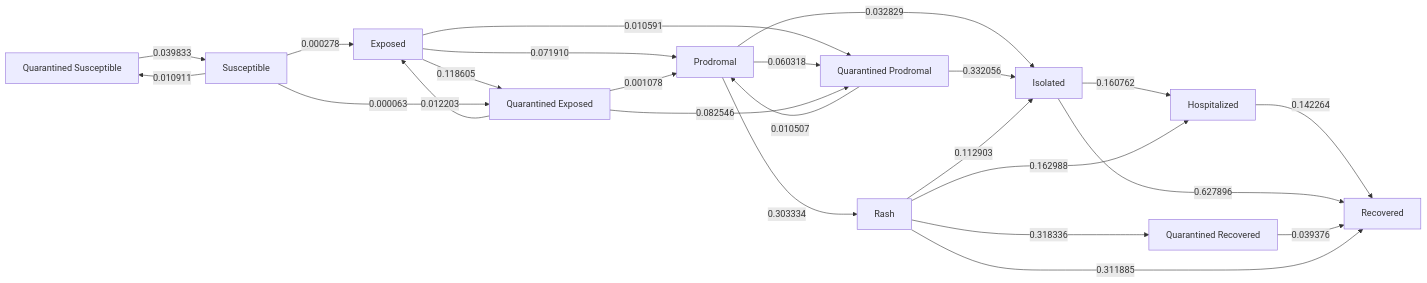
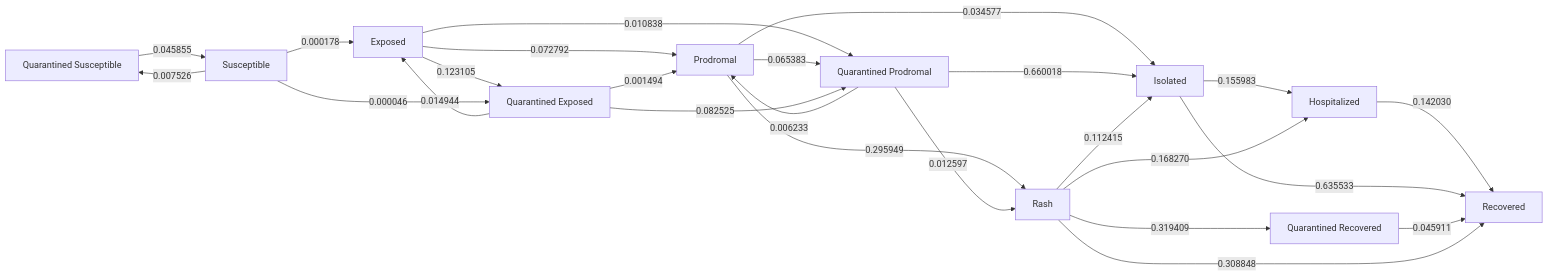
Before and after one commit to EpiForeSITE/epiworld-measles: the diagram in school_quarantine/canyon_grove_58_npi.md, drawn with Mermaid. The commit also changed other lines of this file and 8 other files, not shown here.

````diff
--- a/school_quarantine/canyon_grove_58_npi.md
+++ b/school_quarantine/canyon_grove_58_npi.md
@@ -135,38 +136,39 @@
 ``` mermaid
 flowchart LR
     s0[Exposed]
     s1[Hospitalized]
     s2[Isolated]
     s3[Prodromal]
     s4[Quarantined Exposed]
     s5[Quarantined Prodromal]
     s6[Quarantined Recovered]
     s7[Quarantined Susceptible]
     s8[Rash]
     s9[Recovered]
     s10[Susceptible]
-    s0 -->|0.071910| s3
-    s0 -->|0.118605| s4
-    s0 -->|0.010591| s5
-    s1 -->|0.142264| s9
-    s2 -->|0.160762| s1
-    s2 -->|0.627896| s9
-    s3 -->|0.032829| s2
-    s3 -->|0.060318| s5
-    s3 -->|0.303334| s8
-    s4 -->|0.012203| s0
-    s4 -->|0.001078| s3
-    s4 -->|0.082546| s5
-    s5 -->|0.332056| s2
-    s5 -->|0.010507| s3
-    s6 -->|0.039376| s9
-    s7 -->|0.039833| s10
-    s8 -->|0.162988| s1
-    s8 -->|0.112903| s2
-    s8 -->|0.318336| s6
-    s8 -->|0.311885| s9
-    s10 -->|0.000278| s0
-    s10 -->|0.000063| s4
-    s10 -->|0.010911| s7
+    s0 -->|0.072792| s3
+    s0 -->|0.123105| s4
+    s0 -->|0.010838| s5
+    s1 -->|0.142030| s9
+    s2 -->|0.155983| s1
+    s2 -->|0.635533| s9
+    s3 -->|0.034577| s2
+    s3 -->|0.065383| s5
+    s3 -->|0.295949| s8
+    s4 -->|0.014944| s0
+    s4 -->|0.001494| s3
+    s4 -->|0.082525| s5
+    s5 -->|0.660018| s2
+    s5 -->|0.006233| s3
+    s5 -->|0.012597| s8
+    s6 -->|0.045911| s9
+    s7 -->|0.045855| s10
+    s8 -->|0.168270| s1
+    s8 -->|0.112415| s2
+    s8 -->|0.319409| s6
+    s8 -->|0.308848| s9
+    s10 -->|0.000178| s0
+    s10 -->|0.000046| s4
+    s10 -->|0.007526| s7
 
 ```
````
